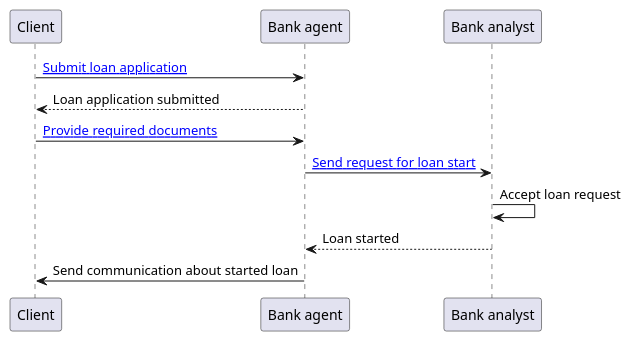
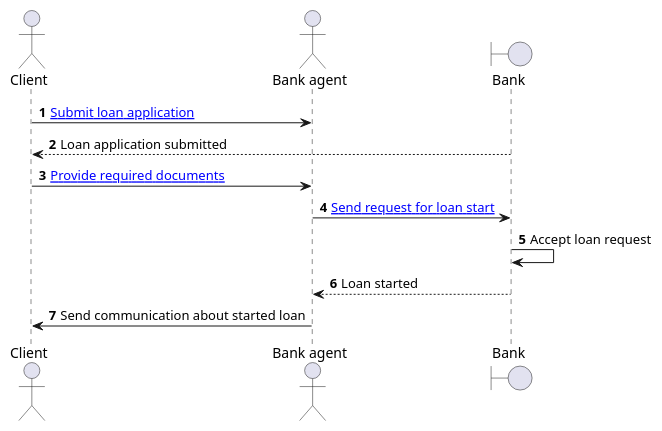
Before and after one commit to PawelJaworski/ddd-loan-application: the diagram in model/sequence_diagram.puml, drawn with PlantUML. The commit also changed 1 other file, not shown here.

```diff
--- a/model/sequence_diagram.puml
+++ b/model/sequence_diagram.puml
@@ -1,9 +1,13 @@
 @startuml
-Client -> "Bank agent" : [[https://github.com/PawelJaworski/ddd-loan-application/blob/main/src/main/java/pl/javorek/ddd/service/applicationforloan/application/command/ApplicationForALoanCmdFacade.java Submit loan application]]
-"Bank agent" --> "Client" : Loan application submitted
-Client -> "Bank agent" : [[https://github.com/PawelJaworski/ddd-loan-application/blob/main/src/main/java/pl/javorek/ddd/service/applicationforloan/application/command/ApplicationForALoanCmdFacade.java Provide required documents]]
-"Bank agent" -> "Bank analyst" : [[https://github.com/PawelJaworski/ddd-loan-application/blob/main/src/main/java/pl/javorek/ddd/service/applicationforloan/application/command/ApplicationForALoanCmdFacade.java Send request for loan start]]
-"Bank analyst" -> "Bank analyst" : Accept loan request
-"Bank analyst" --> "Bank agent" : Loan started
-"Bank agent" -> "Client" : Send communication about started loan
+autonumber
+actor Client as client
+actor       "Bank agent" as bankAgent
+boundary    "Bank" as bankAnalyst
+client -> bankAgent : [[https://github.com/PawelJaworski/ddd-loan-application/blob/main/src/main/java/pl/javorek/ddd/service/applicationforloan/application/command/ApplicationForALoanCmdFacade.java Submit loan application]]
+bankAnalyst --> client : Loan application submitted
+client -> bankAgent : [[https://github.com/PawelJaworski/ddd-loan-application/blob/main/src/main/java/pl/javorek/ddd/service/applicationforloan/application/command/ApplicationForALoanCmdFacade.java Provide required documents]]
+bankAgent -> bankAnalyst : [[https://github.com/PawelJaworski/ddd-loan-application/blob/main/src/main/java/pl/javorek/ddd/service/applicationforloan/application/command/ApplicationForALoanCmdFacade.java Send request for loan start]]
+bankAnalyst -> bankAnalyst : Accept loan request
+bankAnalyst --> bankAgent : Loan started
+bankAgent -> client : Send communication about started loan
 @enduml
```
